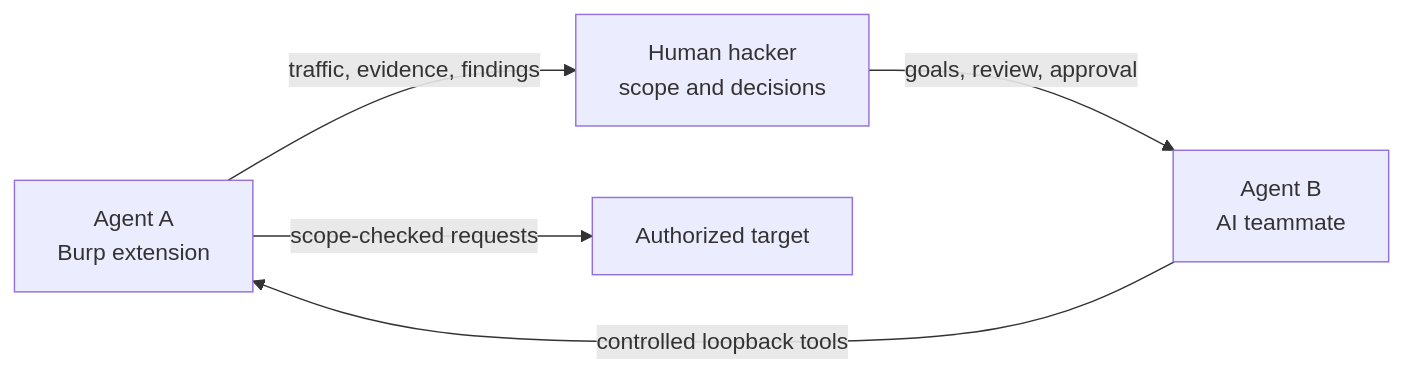
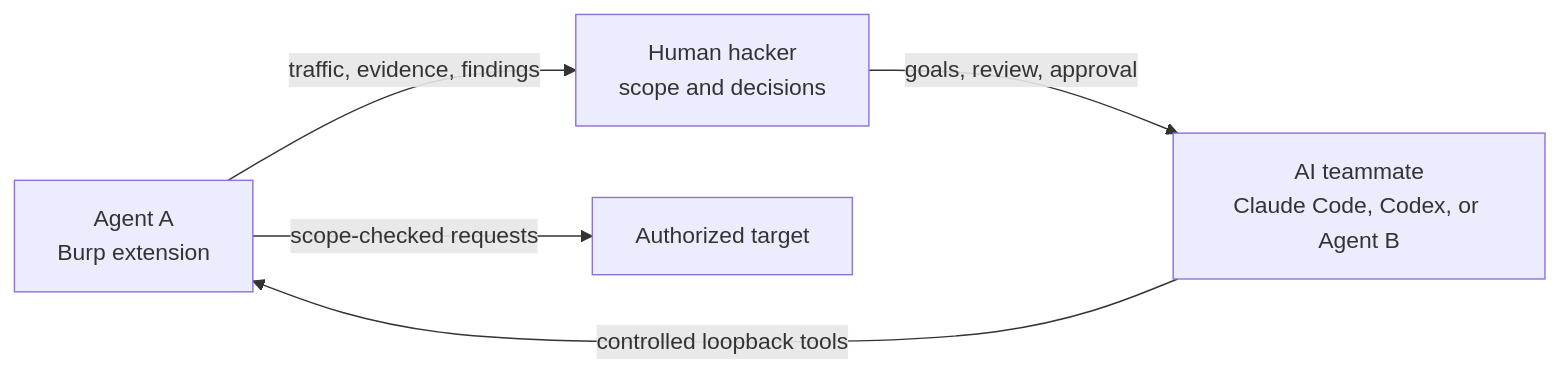
Before and after one commit to sageoffensive/DoubleAgent: the diagram in README.md, drawn with Mermaid. The commit also changed other lines of this file, not shown here.

Commit message:
Document prompt-based agent workflows

````diff
--- a/README.md
+++ b/README.md
@@ -50,7 +53,7 @@
 ```mermaid
 flowchart LR
     A[Agent A<br/>Burp extension] -->|traffic, evidence, findings| H[Human hacker<br/>scope and decisions]
-    H -->|goals, review, approval| B[Agent B<br/>AI teammate]
+    H -->|goals, review, approval| B[AI teammate<br/>Claude Code, Codex, or Agent B]
     B -->|controlled loopback tools| A
     A -->|scope-checked requests| T[Authorized target]
 ```
````
